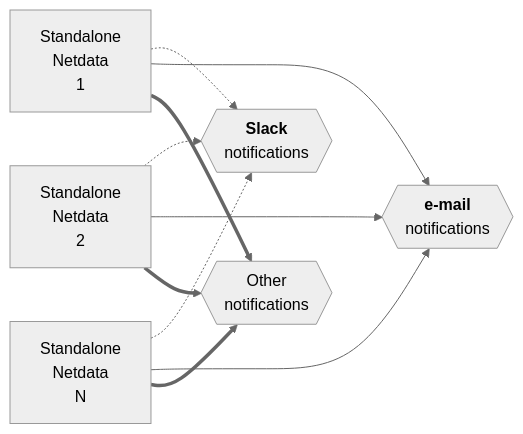
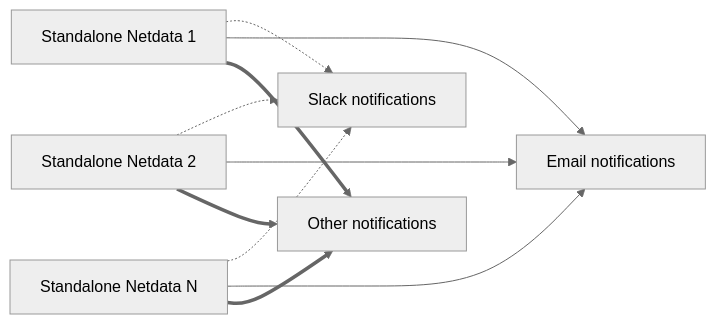
Before and after one commit to netdata/netdata: the second of 4 diagrams in docs/deployment-guides/standalone-deployment.md, drawn with Mermaid (neutral theme). The commit also changed other lines of this file and 2 other files, not shown here.

````diff
--- a/docs/deployment-guides/standalone-deployment.md
+++ b/docs/deployment-guides/standalone-deployment.md
@@ -42,21 +34,12 @@
 ```mermaid
 flowchart LR
-    S1["Standalone
-        Netdata
-         1"]
-    S2["Standalone
-        Netdata
-         2"]
-    SN["Standalone
-        Netdata
-         N"]
-    EMAIL{{"<b>e-mail</b>
-        notifications"}}
-    SLACK{{"<b>Slack</b>
-        notifications"}}
-    OTHER{{"Other
-        notifications"}}
+    S1["Standalone Netdata 1"]
+    S2["Standalone Netdata 2"]
+    SN["Standalone Netdata N"]
+    EMAIL["Email notifications"]
+    SLACK["Slack notifications"]
+    OTHER["Other notifications"]
     S1 & S2 & SN .-> SLACK
     S1 & S2 & SN ---> EMAIL
     S1 & S2 & SN ==> OTHER
 ```
````
